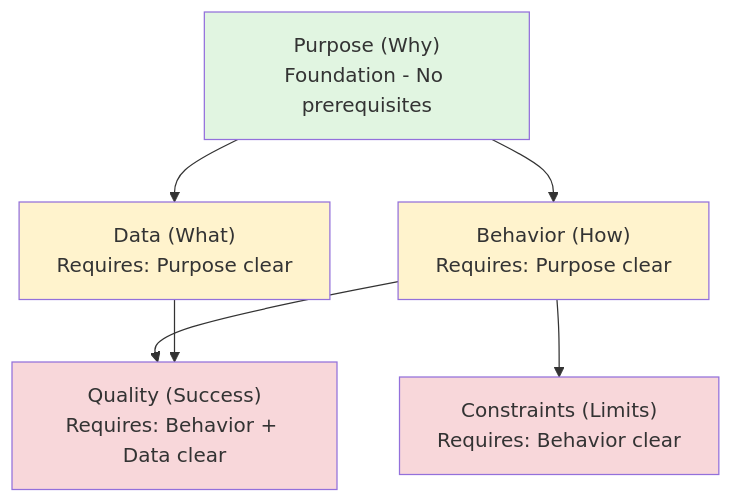
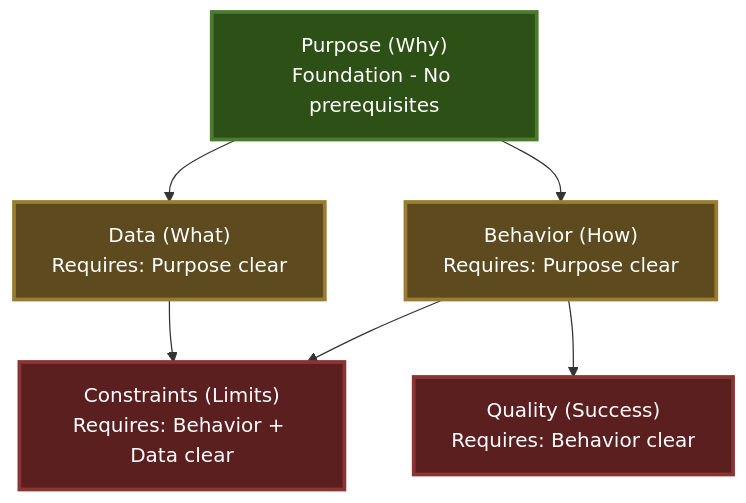
The diagram in plugins/with-me/commands/good-question.md (h315uk3/symbiosis), drawn with Mermaid before and after one commit. The commit also changed other lines of this file, not shown here.

````diff
--- a/plugins/with-me/commands/good-question.md
+++ b/plugins/with-me/commands/good-question.md
@@ -65,20 +65,20 @@
 ```mermaid
 graph TD
     Purpose["Purpose (Why)<br/>Foundation - No prerequisites"]
     Data["Data (What)<br/>Requires: Purpose clear"]
     Behavior["Behavior (How)<br/>Requires: Purpose clear"]
-    Constraints["Constraints (Limits)<br/>Requires: Behavior clear"]
-    Quality["Quality (Success)<br/>Requires: Behavior + Data clear"]
+    Constraints["Constraints (Limits)<br/>Requires: Behavior + Data clear"]
+    Quality["Quality (Success)<br/>Requires: Behavior clear"]
 
     Purpose --> Data
     Purpose --> Behavior
     Behavior --> Constraints
+    Data --> Constraints
     Behavior --> Quality
-    Data --> Quality
 
-    style Purpose fill:#e1f5e1
-    style Data fill:#fff3cd
-    style Behavior fill:#fff3cd
-    style Constraints fill:#f8d7da
-    style Quality fill:#f8d7da
+    style Purpose fill:#2d5016,stroke:#4a7c2c,stroke-width:3px,color:#fff
+    style Data fill:#5d4a1f,stroke:#9a7b32,stroke-width:3px,color:#fff
+    style Behavior fill:#5d4a1f,stroke:#9a7b32,stroke-width:3px,color:#fff
+    style Constraints fill:#5c1f1f,stroke:#8b3434,stroke-width:3px,color:#fff
+    style Quality fill:#5c1f1f,stroke:#8b3434,stroke-width:3px,color:#fff
 ```
````
